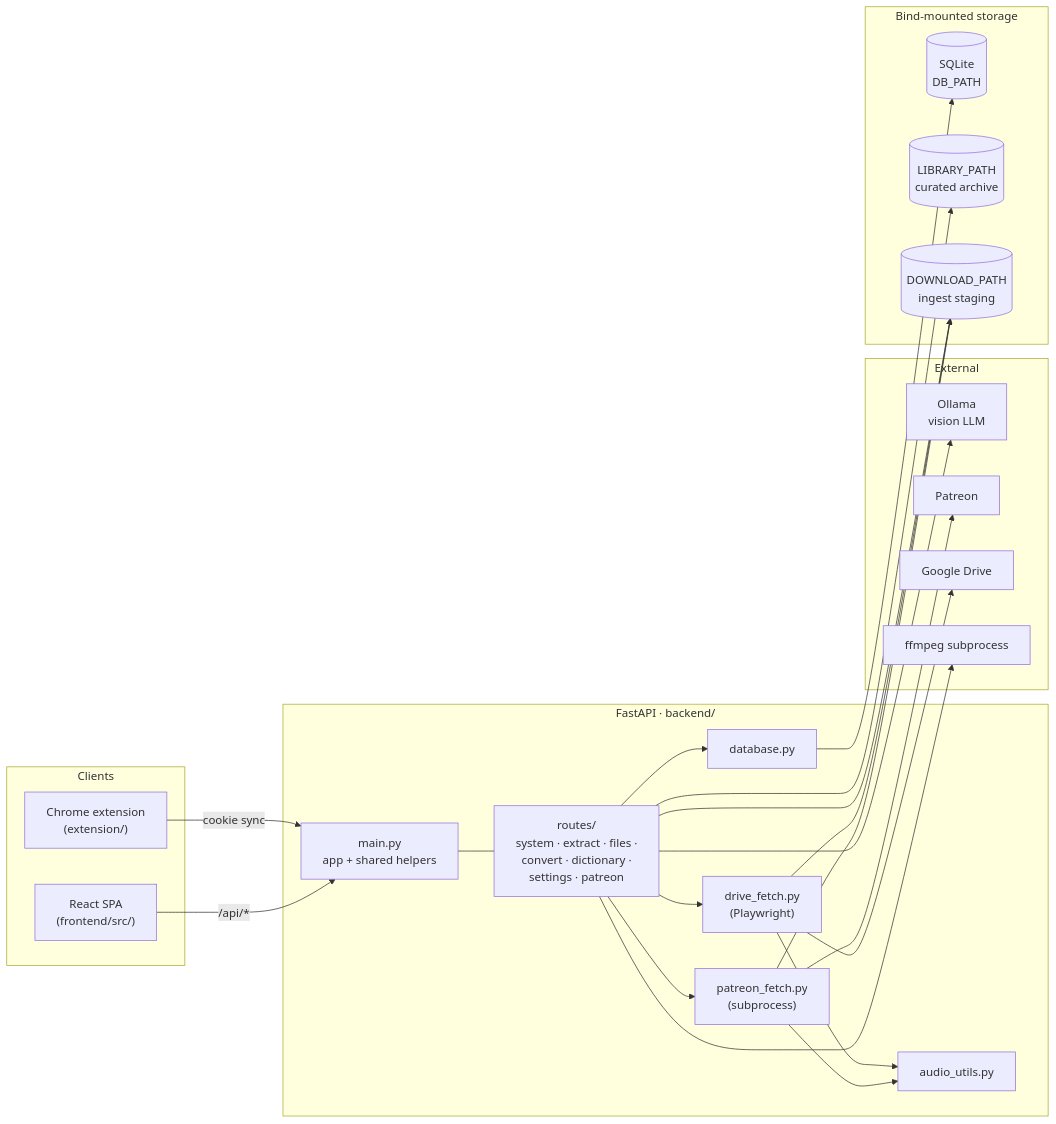
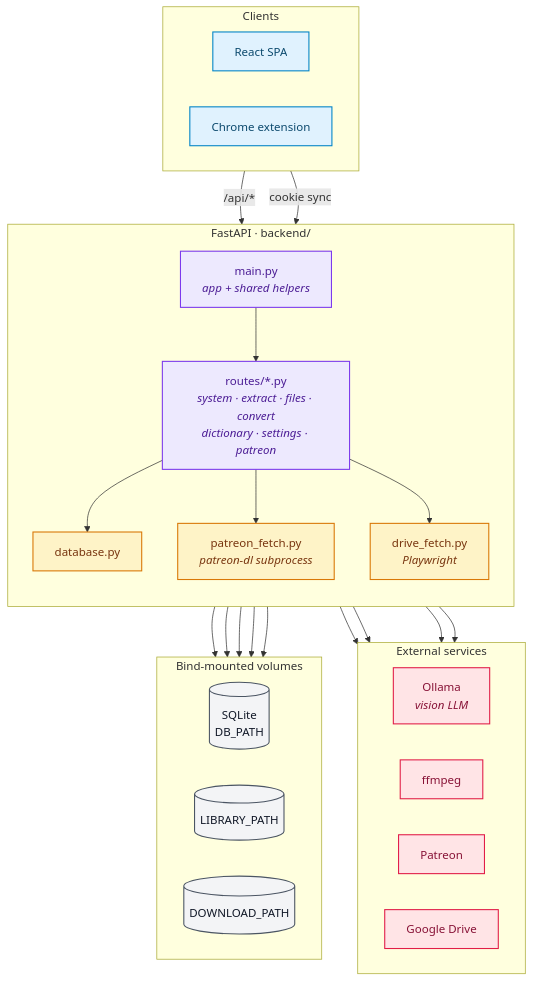
Before and after one commit to unseensnick/Asmr-Curator: the diagram in .claude/rules/architecture.md, drawn with Mermaid.

Commit message:
docs(architecture): style + reorganize the system overview diagram
Switches to TD direction, adds classDef color groups for clients / api / service / external / storage, chains fan-out edges with &, drops the audio_utils helper from the picture, and italicizes module descriptions. Same topology, easier to scan.

````diff
--- a/.claude/rules/architecture.md
+++ b/.claude/rules/architecture.md
@@ -12,50 +12,56 @@
 ```mermaid
-flowchart LR
-    subgraph Clients
-        UI["React SPA<br/>(frontend/src/)"]
-        EXT["Chrome extension<br/>(extension/)"]
+flowchart TD
+    classDef client fill:#e0f2fe,stroke:#0284c7,color:#0c4a6e,stroke-width:1.5px
+    classDef api    fill:#ede9fe,stroke:#7c3aed,color:#4c1d95,stroke-width:1.5px
+    classDef svc    fill:#fef3c7,stroke:#d97706,color:#78350f,stroke-width:1.5px
+    classDef ext    fill:#ffe4e6,stroke:#e11d48,color:#881337,stroke-width:1.5px
+    classDef store  fill:#f3f4f6,stroke:#4b5563,color:#111827,stroke-width:1.5px
+
+    subgraph CLI["&nbsp;Clients&nbsp;"]
+        direction LR
+        UI["React SPA"]
+        EXT["Chrome extension"]
     end
 
-    subgraph FastAPI["FastAPI · backend/"]
-        MAIN["main.py<br/>app + shared helpers"]
-        ROUTES["routes/<br/>system · extract · files ·<br/>convert · dictionary ·<br/>settings · patreon"]
-        DBMOD["database.py"]
-        PFETCH["patreon_fetch.py<br/>(subprocess)"]
-        DFETCH["drive_fetch.py<br/>(Playwright)"]
-        AUDIO["audio_utils.py"]
+    subgraph BE["&nbsp;FastAPI &middot; backend/&nbsp;"]
+        direction TB
+        MAIN["main.py<br/><i>app + shared helpers</i>"]
+        ROUTES["routes/*.py<br/><i>system &middot; extract &middot; files &middot; convert<br/>dictionary &middot; settings &middot; patreon</i>"]
+        DB["database.py"]
+        PF["patreon_fetch.py<br/><i>patreon-dl subprocess</i>"]
+        DF["drive_fetch.py<br/><i>Playwright</i>"]
     end
 
-    subgraph External
-        OLLAMA["Ollama<br/>vision LLM"]
+    subgraph EX["&nbsp;External services&nbsp;"]
+        direction LR
+        OLLAMA["Ollama<br/><i>vision LLM</i>"]
+        FFMPEG["ffmpeg"]
         PATREON["Patreon"]
         DRIVE["Google Drive"]
-        FFMPEG["ffmpeg subprocess"]
     end
 
-    subgraph Storage["Bind-mounted storage"]
+    subgraph ST["&nbsp;Bind-mounted volumes&nbsp;"]
+        direction LR
         SQLITE[("SQLite<br/>DB_PATH")]
-        LIB[("LIBRARY_PATH<br/>curated archive")]
-        DL[("DOWNLOAD_PATH<br/>ingest staging")]
+        LIB[("LIBRARY_PATH")]
+        DL[("DOWNLOAD_PATH")]
     end
 
-    UI -->|/api/*| MAIN
-    EXT -->|cookie sync| MAIN
-    MAIN --- ROUTES
+    UI    -->|"/api/*"| MAIN
+    EXT   -->|"cookie sync"| MAIN
+    MAIN  --> ROUTES
+    ROUTES --> DB & PF & DF
+    ROUTES --> OLLAMA & FFMPEG
+    ROUTES --> LIB & DL
+    PF --> PATREON
+    DF --> DRIVE
+    PF --> DL
+    DF --> DL
+    DB --> SQLITE
 
-    ROUTES --> OLLAMA
-    ROUTES --> DBMOD
-    ROUTES --> FFMPEG
-    ROUTES --> PFETCH
-    ROUTES --> DFETCH
-    PFETCH --> AUDIO
-    DFETCH --> AUDIO
-
-    PFETCH --> PATREON
-    DFETCH --> DRIVE
-
-    DBMOD --> SQLITE
-    PFETCH --> DL
-    DFETCH --> DL
-    ROUTES --> LIB
-    ROUTES --> DL
+    class UI,EXT client
+    class MAIN,ROUTES api
+    class DB,PF,DF svc
+    class OLLAMA,FFMPEG,PATREON,DRIVE ext
+    class SQLITE,LIB,DL store
 ```
````
